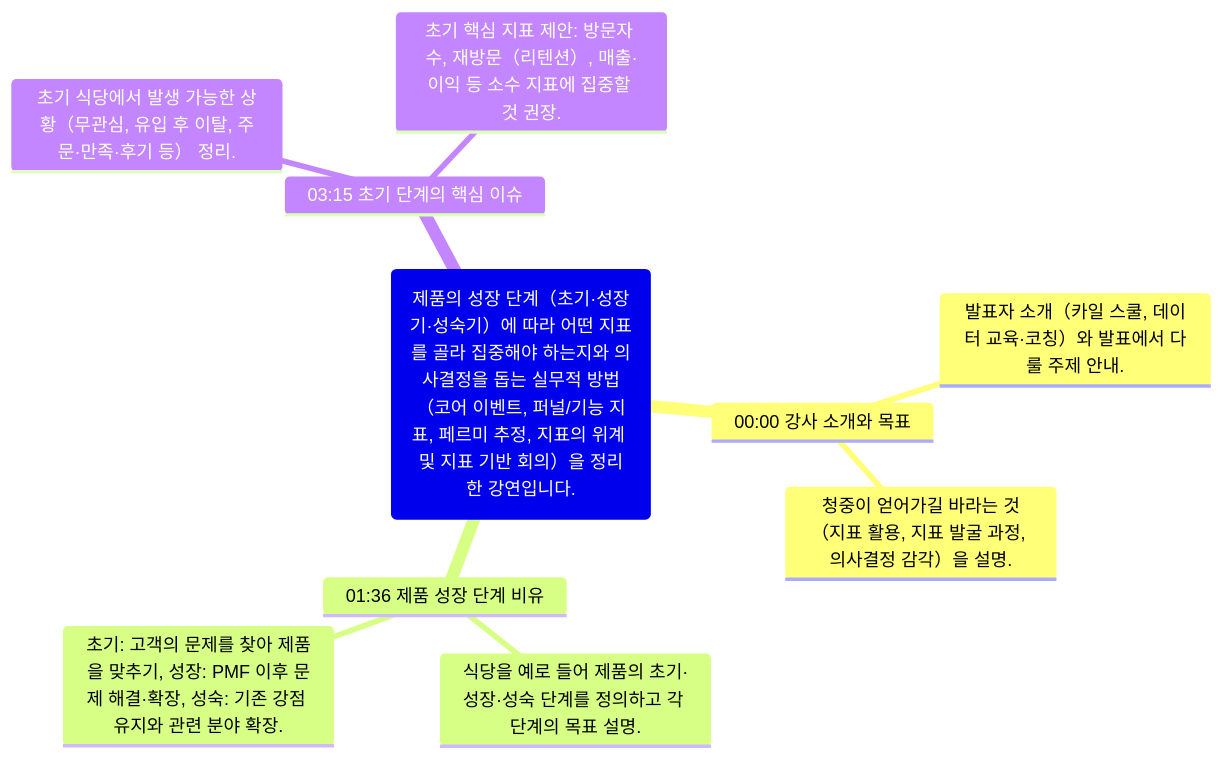
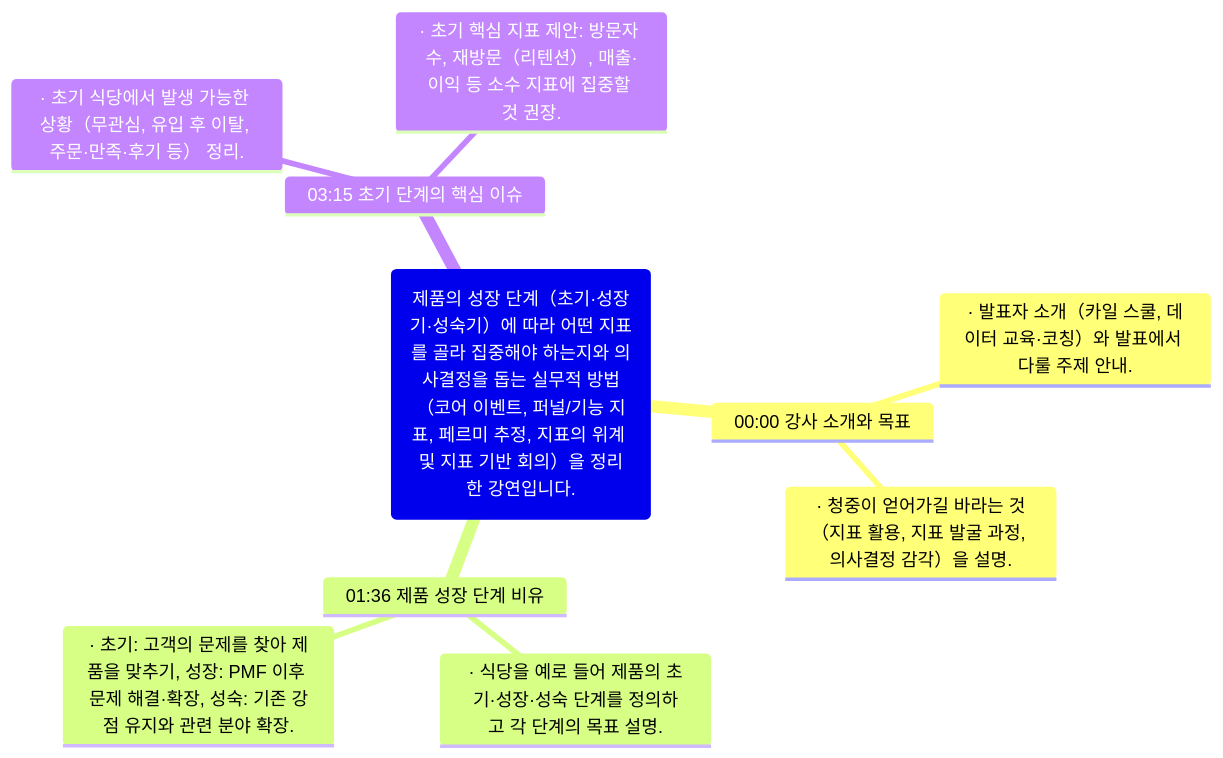
Before and after one commit to HoyoungParkme/video-agent: the diagram in backend/tests/domains/analysis/snapshots/glance_42m_mindmap.md, drawn with Mermaid. The commit also changed 3 other files, not shown here.

First line of the commit message:
code(D1): export.mindmap — 따옴표 · < > * _ % #도 전각으로, 요점 앞에 가운뎃점

````diff
--- a/backend/tests/domains/analysis/snapshots/glance_42m_mindmap.md
+++ b/backend/tests/domains/analysis/snapshots/glance_42m_mindmap.md
@@ -1,13 +1,13 @@
 ```mermaid
 mindmap
   root(제품의 성장 단계（초기·성장기·성숙기）에 따라 어떤 지표를 골라 집중해야 하는지와 의사결정을 돕는 실무적 방법（코어 이벤트, 퍼널/기능 지표, 페르미 추정, 지표의 위계 및 지표 기반 회의）을 정리한 강연입니다.)
     00:00 강사 소개와 목표
-      발표자 소개（카일 스쿨, 데이터 교육·코칭）와 발표에서 다룰 주제 안내.
-      청중이 얻어가길 바라는 것（지표 활용, 지표 발굴 과정, 의사결정 감각）을 설명.
+      · 발표자 소개（카일 스쿨, 데이터 교육·코칭）와 발표에서 다룰 주제 안내.
+      · 청중이 얻어가길 바라는 것（지표 활용, 지표 발굴 과정, 의사결정 감각）을 설명.
     01:36 제품 성장 단계 비유
-      식당을 예로 들어 제품의 초기·성장·성숙 단계를 정의하고 각 단계의 목표 설명.
-      초기: 고객의 문제를 찾아 제품을 맞추기, 성장: PMF 이후 문제 해결·확장, 성숙: 기존 강점 유지와 관련 분야 확장.
+      · 식당을 예로 들어 제품의 초기·성장·성숙 단계를 정의하고 각 단계의 목표 설명.
+      · 초기: 고객의 문제를 찾아 제품을 맞추기, 성장: PMF 이후 문제 해결·확장, 성숙: 기존 강점 유지와 관련 분야 확장.
     03:15 초기 단계의 핵심 이슈
-      초기 식당에서 발생 가능한 상황（무관심, 유입 후 이탈, 주문·만족·후기 등） 정리.
-      초기 핵심 지표 제안: 방문자 수, 재방문（리텐션）, 매출·이익 등 소수 지표에 집중할 것 권장.
+      · 초기 식당에서 발생 가능한 상황（무관심, 유입 후 이탈, 주문·만족·후기 등） 정리.
+      · 초기 핵심 지표 제안: 방문자 수, 재방문（리텐션）, 매출·이익 등 소수 지표에 집중할 것 권장.
 ```
````
